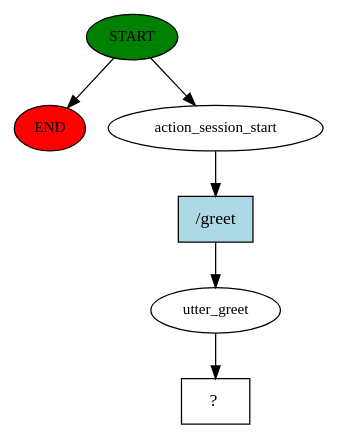
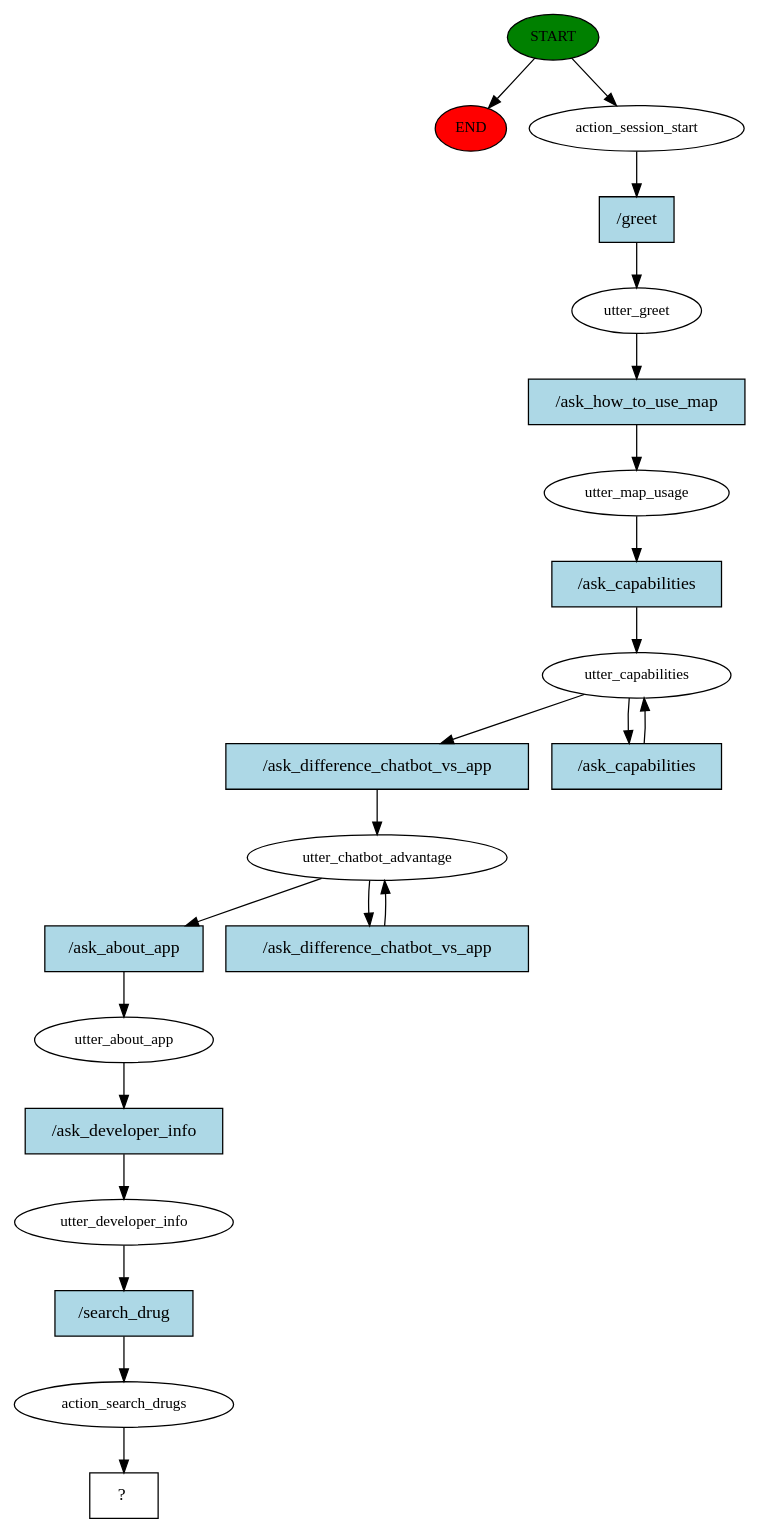
The diagram in RasaFM/story_graph.dot (bire2323/MedFinder), drawn with Graphviz before and after one commit. The commit also changed 50 other files, not shown here.

```diff
--- a/RasaFM/story_graph.dot
+++ b/RasaFM/story_graph.dot
@@ -1,13 +1,43 @@
 digraph  {
 0 [class="start active", fillcolor=green, fontsize=12, label=START, style=filled];
 "-1" [class=end, fillcolor=red, fontsize=12, label=END, style=filled];
 1 [class=active, fontsize=12, label=action_session_start];
 2 [class=active, fontsize=12, label=utter_greet];
-3 [class="intent dashed active", label="  ?  ", shape=rect];
-4 [class="intent active", fillcolor=lightblue, label="/greet", shape=rect, style=filled];
+3 [class=active, fontsize=12, label=utter_map_usage];
+4 [class=active, fontsize=12, label=utter_capabilities];
+6 [class=active, fontsize=12, label=utter_chatbot_advantage];
+8 [class=active, fontsize=12, label=utter_about_app];
+9 [class=active, fontsize=12, label=utter_developer_info];
+10 [class=active, fontsize=12, label=action_search_drugs];
+11 [class="intent dashed active", label="  ?  ", shape=rect];
+12 [class="intent active", fillcolor=lightblue, label="/greet", shape=rect, style=filled];
+13 [class="intent active", fillcolor=lightblue, label="/ask_how_to_use_map", shape=rect, style=filled];
+14 [class="intent active", fillcolor=lightblue, label="/ask_capabilities", shape=rect, style=filled];
+15 [class="intent active", fillcolor=lightblue, label="/ask_difference_chatbot_vs_app", shape=rect, style=filled];
+16 [class="intent active", fillcolor=lightblue, label="/ask_capabilities", shape=rect, style=filled];
+17 [class="intent active", fillcolor=lightblue, label="/ask_about_app", shape=rect, style=filled];
+18 [class="intent active", fillcolor=lightblue, label="/ask_difference_chatbot_vs_app", shape=rect, style=filled];
+19 [class="intent active", fillcolor=lightblue, label="/ask_developer_info", shape=rect, style=filled];
+20 [class="intent active", fillcolor=lightblue, label="/search_drug", shape=rect, style=filled];
 0 -> "-1"  [class="", key=NONE, label=""];
 0 -> 1  [class=active, key=NONE, label=""];
-1 -> 4  [class=active, key=0];
-2 -> 3  [class=active, key=NONE, label=""];
-4 -> 2  [class=active, key=0];
+1 -> 12  [class=active, key=0];
+2 -> 13  [class=active, key=0];
+3 -> 14  [class=active, key=0];
+4 -> 15  [class=active, key=0];
+4 -> 16  [class=active, key=0];
+6 -> 17  [class=active, key=0];
+6 -> 18  [class=active, key=0];
+8 -> 19  [class=active, key=0];
+9 -> 20  [class=active, key=0];
+10 -> 11  [class=active, key=NONE, label=""];
+12 -> 2  [class=active, key=0];
+13 -> 3  [class=active, key=0];
+14 -> 4  [class=active, key=0];
+15 -> 6  [class=active, key=0];
+16 -> 4  [class=active, key=0];
+17 -> 8  [class=active, key=0];
+18 -> 6  [class=active, key=0];
+19 -> 9  [class=active, key=0];
+20 -> 10  [class=active, key=0];
 }
```
